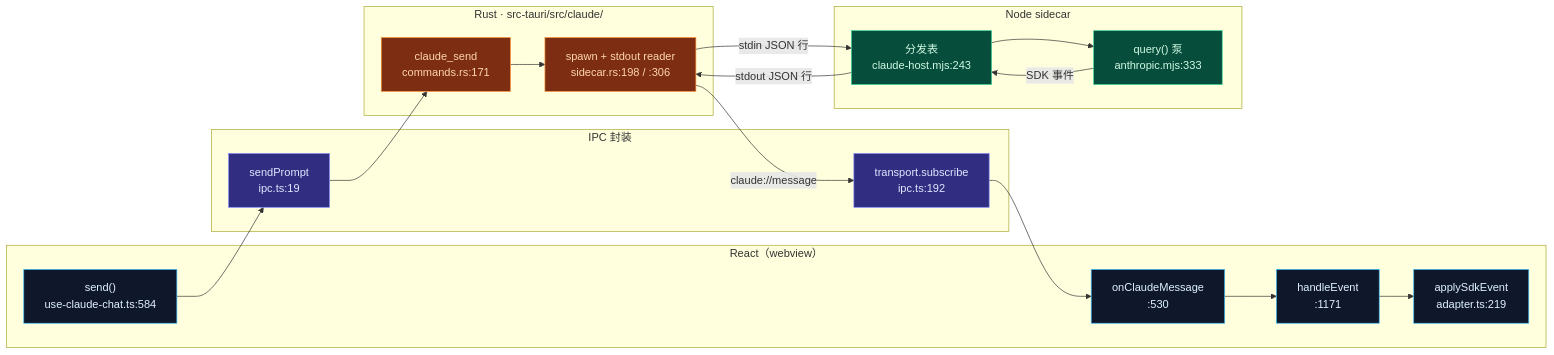
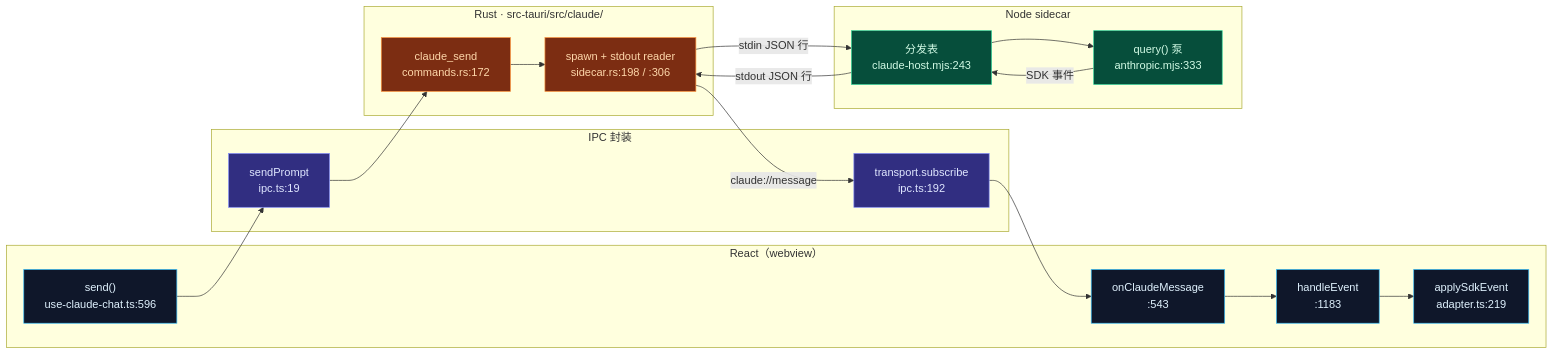
One commit to MaxQian888/cognia-next changed the first of 3 diagrams in docs/content/docs/zh/chat/built-in-agent/runtime-loop.mdx. Above: the diagram before and after it, drawn with Mermaid. The commit also changed other lines of this file and 17 other files, not shown here.

````diff
--- a/docs/content/docs/zh/chat/built-in-agent/runtime-loop.mdx
+++ b/docs/content/docs/zh/chat/built-in-agent/runtime-loop.mdx
@@ -21,33 +21,33 @@
 ```mermaid
 flowchart LR
   subgraph FE["React（webview）"]
-    SEND["send()<br/>use-claude-chat.ts:584"]
-    SUB["onClaudeMessage<br/>:530"]
-    HE["handleEvent<br/>:1171"]
+    SEND["send()<br/>use-claude-chat.ts:596"]
+    SUB["onClaudeMessage<br/>:543"]
+    HE["handleEvent<br/>:1183"]
     AD["applySdkEvent<br/>adapter.ts:219"]
   end
   subgraph TS["IPC 封装"]
     SP["sendPrompt<br/>ipc.ts:19"]
     OM["transport.subscribe<br/>ipc.ts:192"]
   end
   subgraph RS["Rust · src-tauri/src/claude/"]
-    CMD["claude_send<br/>commands.rs:171"]
+    CMD["claude_send<br/>commands.rs:172"]
     SC["spawn + stdout reader<br/>sidecar.rs:198 / :306"]
   end
   subgraph NODE["Node sidecar"]
     HOST["分发表<br/>claude-host.mjs:243"]
     Q["query() 泵<br/>anthropic.mjs:333"]
   end
 
   SEND --> SP --> CMD --> SC -->|"stdin JSON 行"| HOST --> Q
   Q -->|"SDK 事件"| HOST -->|"stdout JSON 行"| SC -->|"claude://message"| OM --> SUB --> HE --> AD
 
   classDef fe fill:#0f172a,stroke:#38bdf8,color:#e0f2fe
   classDef ts fill:#312e81,stroke:#818cf8,color:#e0e7ff
   classDef rs fill:#7c2d12,stroke:#fb923c,color:#fed7aa
   classDef node fill:#064e3b,stroke:#34d399,color:#d1fae5
   class SEND,SUB,HE,AD fe
   class SP,OM ts
   class CMD,SC rs
   class HOST,Q node
 ```
````
